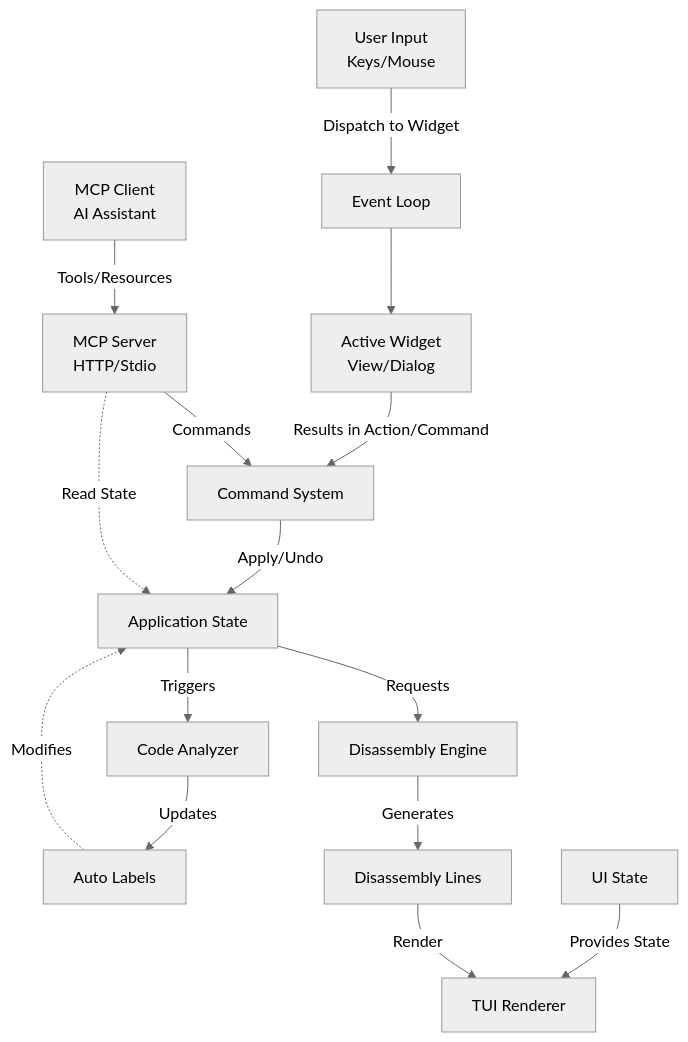
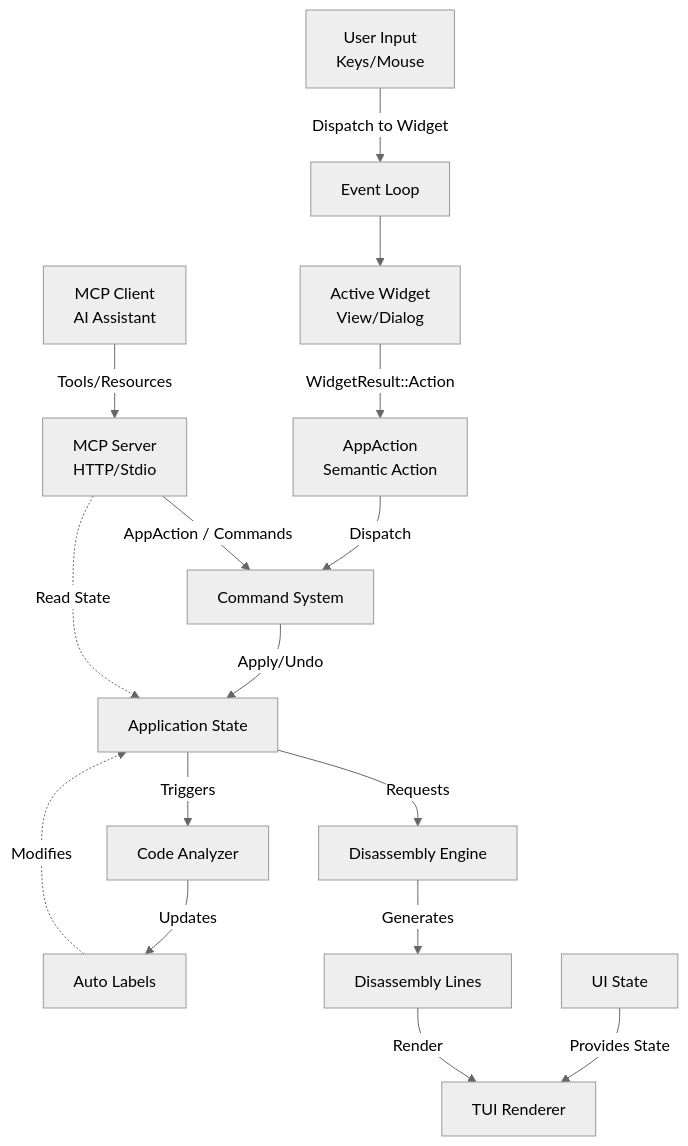
Before and after one commit to ricardoquesada/regenerator2000: the diagram in docs/architecture.md, drawn with Mermaid (neutral theme). The commit also changed other lines of this file, not shown here.

Commit message:
feat: Introduce `AppAction` as a semantic action layer, update state module descriptions, and detail the new menu system.

````diff
--- a/docs/architecture.md
+++ b/docs/architecture.md
@@ -7,31 +7,33 @@
 ```mermaid
 flowchart TD
     Input[User Input<br/>Keys/Mouse]
     MCPClient[MCP Client<br/>AI Assistant]
     EventLoop[Event Loop]
     Widget[Active Widget<br/>View/Dialog]
     MCPServer[MCP Server<br/>HTTP/Stdio]
+    Action[AppAction<br/>Semantic Action]
     CommandSys[Command System]
     AppState[Application State]
     Analyzer[Code Analyzer]
     Labels[Auto Labels]
     DisasmEngine[Disassembly Engine]
     DisasmLines[Disassembly Lines]
     Renderer[TUI Renderer]
     UIState[UI State]
 
     Input -->|Dispatch to Widget| EventLoop
     EventLoop --> Widget
-    Widget -->|Results in Action/Command| CommandSys
+    Widget -->|WidgetResult::Action| Action
+    Action -->|Dispatch| CommandSys
     MCPClient -->|Tools/Resources| MCPServer
-    MCPServer -->|Commands| CommandSys
+    MCPServer -->|AppAction / Commands| CommandSys
     MCPServer -.->|Read State| AppState
     CommandSys -->|Apply/Undo| AppState
     AppState -->|Requests| DisasmEngine
     AppState -->|Triggers| Analyzer
     Analyzer -->|Updates| Labels
     Labels -.->|Modifies| AppState
     DisasmEngine -->|Generates| DisasmLines
     DisasmLines -->|Render| Renderer
     UIState -->|Provides State| Renderer
 ```
````
